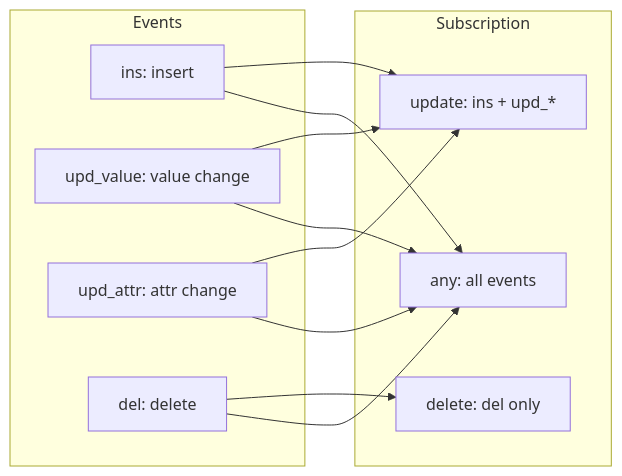
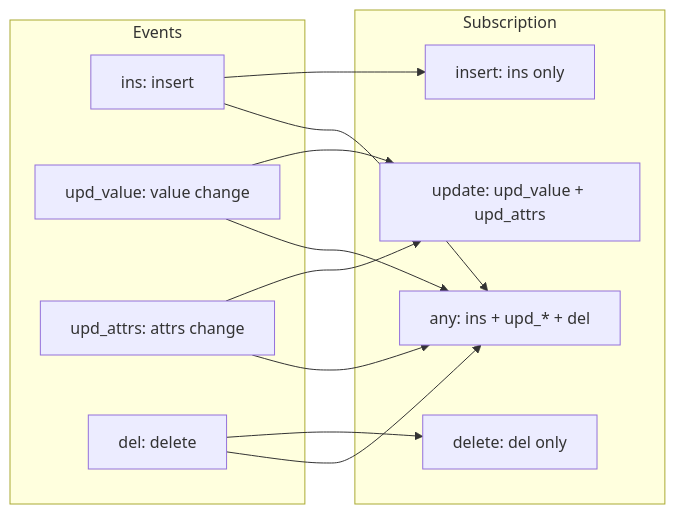
The ninth of 14 diagrams in docs/reference/architecture.md (genropy/genro-bag), drawn with Mermaid before and after one commit. The commit also changed other lines of this file and 10 other files, not shown here.

````diff
--- a/docs/reference/architecture.md
+++ b/docs/reference/architecture.md
@@ -190,24 +190,25 @@
 ```mermaid
 flowchart LR
     subgraph Events
         INS[ins: insert]
         UPD_V[upd_value: value change]
-        UPD_A[upd_attr: attr change]
+        UPD_A[upd_attrs: attrs change]
         DEL[del: delete]
     end
 
     subgraph Subscription
-        ANY[any: all events]
-        UPDATE[update: ins + upd_*]
+        INSERT[insert: ins only]
+        UPDATE[update: upd_value + upd_attrs]
         DELETE[delete: del only]
+        ANY[any: ins + upd_* + del]
     end
 
+    INS --> INSERT
     INS --> ANY
-    INS --> UPDATE
+    UPD_V --> UPDATE
     UPD_V --> ANY
-    UPD_V --> UPDATE
+    UPD_A --> UPDATE
     UPD_A --> ANY
-    UPD_A --> UPDATE
+    DEL --> DELETE
     DEL --> ANY
-    DEL --> DELETE
 ```
````
